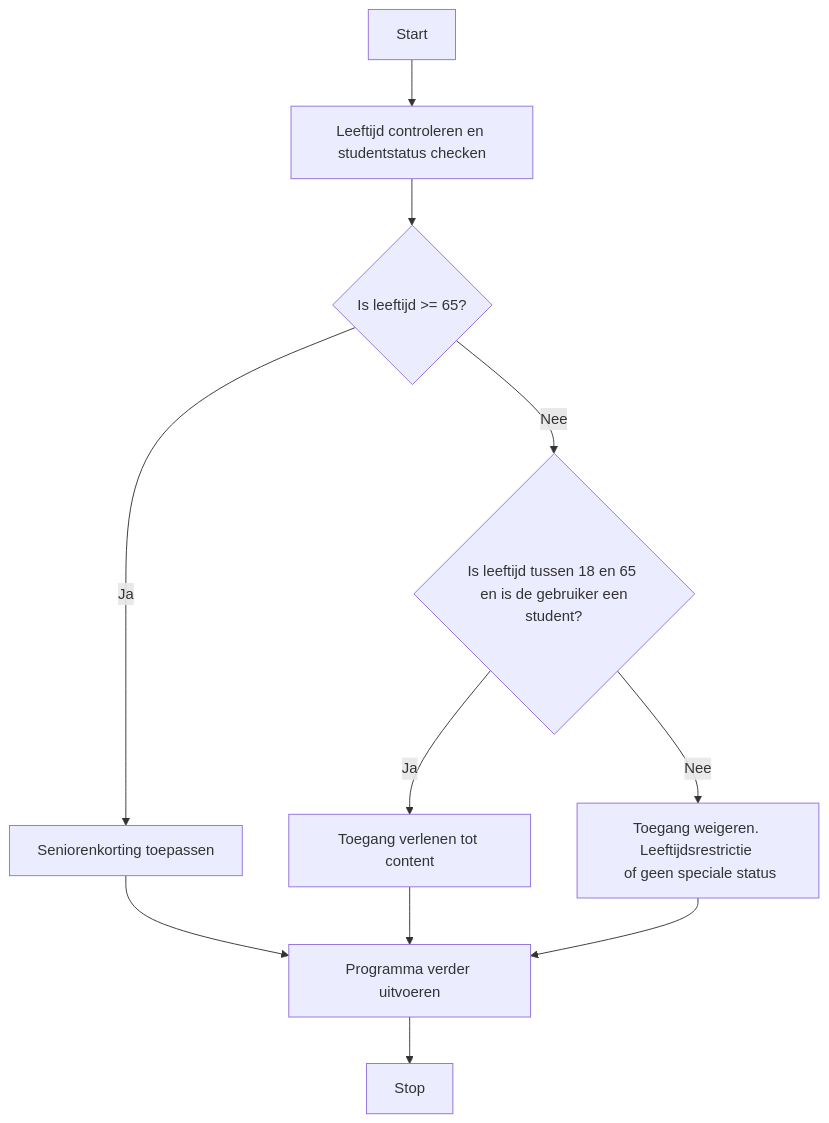
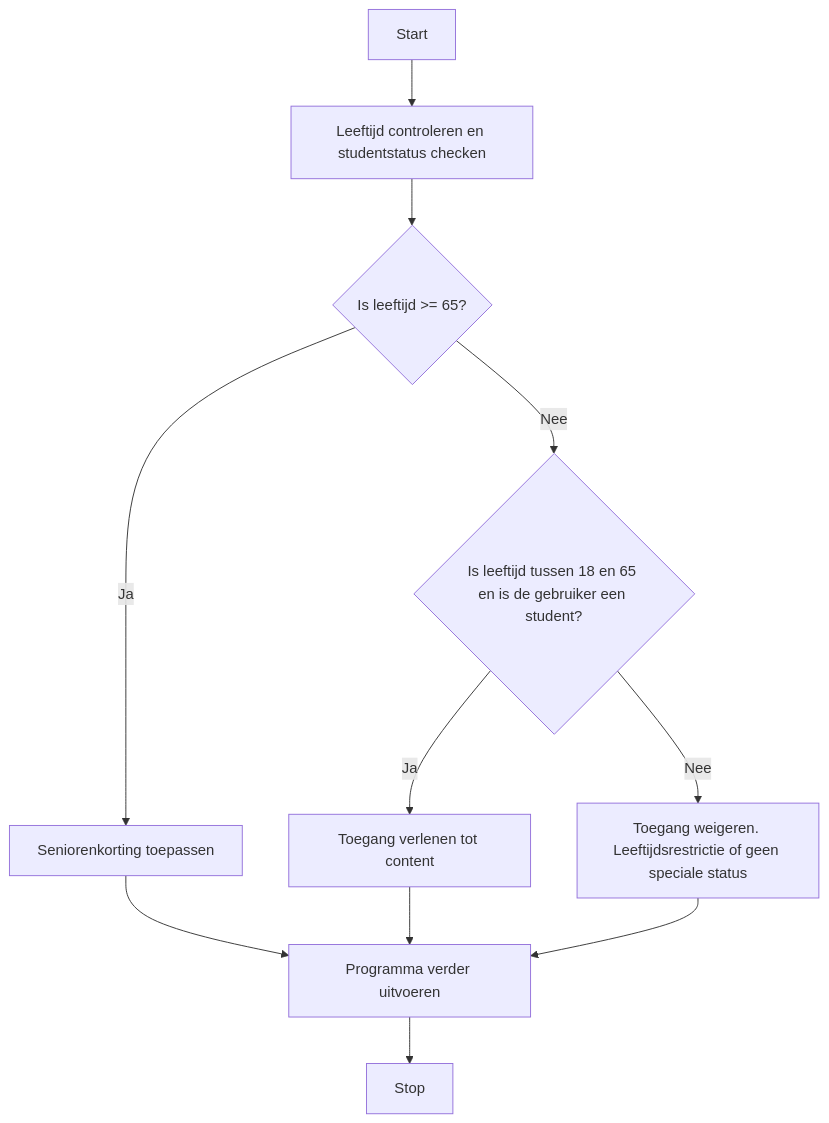
The diagram in content/4. Csharp/Controle-structuren/If-Else/2. Stappen If-Else.md (Windesheim-HBO-ICT/Leerlijn-Content-SE), drawn with Mermaid before and after one commit. The commit also changed other lines of this file and 70 other files, not shown here.

````diff
--- a/content/4. Csharp/Controle-structuren/If-Else/2. Stappen If-Else.md
+++ b/content/4. Csharp/Controle-structuren/If-Else/2. Stappen If-Else.md
@@ -73,13 +73,13 @@
 ```mermaid
 flowchart TD
     A[Start] --> B[Leeftijd controleren en studentstatus checken]
     B --> C{Is leeftijd >= 65?}
     C -- Ja --> D[Seniorenkorting toepassen]
-    C -- Nee --> E{Is leeftijd tussen 18 en 65 \n en is de gebruiker een student?}
+    C -- Nee --> E{Is leeftijd tussen 18 en 65 en is de gebruiker een student?}
     E -- Ja --> F[Toegang verlenen tot content]
-    E -- Nee --> G[Toegang weigeren. Leeftijdsrestrictie \n of geen speciale status]
+    E -- Nee --> G[Toegang weigeren. Leeftijdsrestrictie of geen speciale status]
     D --> H[Programma verder uitvoeren]
     F --> H
     G --> H
     H --> I[Stop]
 ```
````
